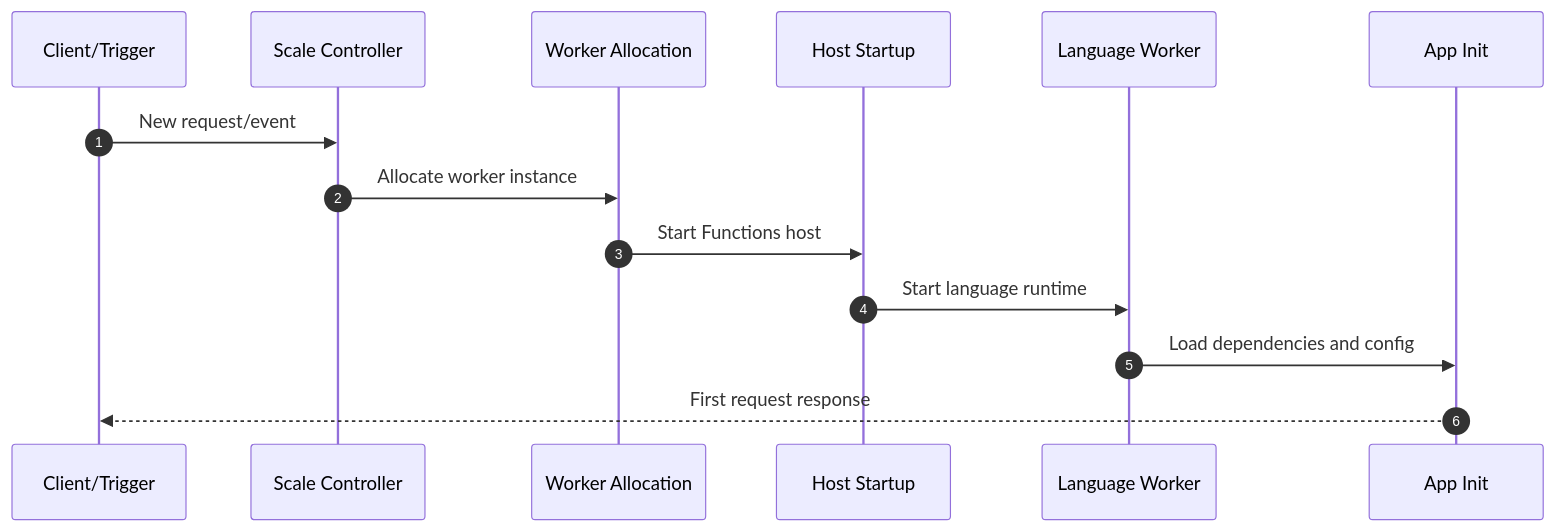
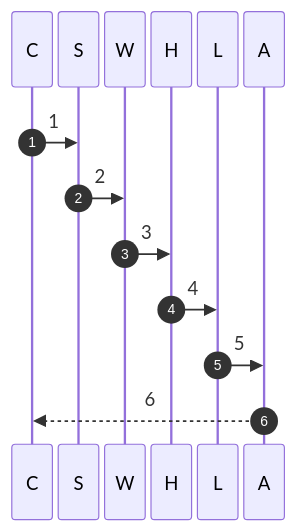
The first of 2 diagrams in docs/operations/cold-start.md (yeongseon/azure-functions-practical-guide), drawn with Mermaid before and after one commit. The commit also changed other lines of this file and 3 other files, not shown here.

First line of the commit message:
docs(diagrams): migrate Functions scaling and cold start — scaling and cold start and related pages (#428)

````diff
--- a/docs/operations/cold-start.md
+++ b/docs/operations/cold-start.md
@@ -105,16 +106,19 @@
 ```mermaid
+%%{init: {'sequence': {'actorMargin': 5, 'width': 35, 'diagramMarginX': 5, 'wrap': true}}}%%
 sequenceDiagram
+    accTitle: Cold start phases and roles
+    accDescr: Illustrative phase handoffs, not a network route or exact runtime protocol. Client or trigger, scaling, worker allocation, host startup, language worker and application initialization retain their order. The scale controller monitors demand rather than forwarding every request. Completion denotes a response for HTTP, not an HTTP response for every trigger. Full role and exchange labels are in the adjacent key.
     autonumber
-    participant C as Client/Trigger
-    participant S as Scale Controller
-    participant W as Worker Allocation
-    participant H as Host Startup
-    participant L as Language Worker
-    participant A as App Init
-    C->>S: New request/event
-    S->>W: Allocate worker instance
-    W->>H: Start Functions host
-    H->>L: Start language runtime
-    L->>A: Load dependencies and config
-    A-->>C: First request response
+    participant C as C
+    participant S as S
+    participant W as W
+    participant H as H
+    participant L as L
+    participant A as A
+    C->>S: 1
+    S->>W: 2
+    W->>H: 3
+    H->>L: 4
+    L->>A: 5
+    A-->>C: 6
 ```
````
